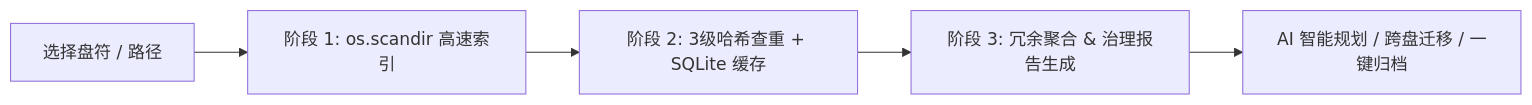
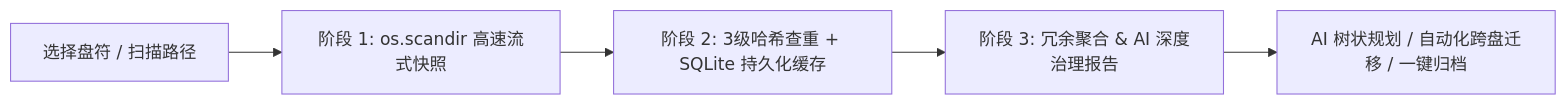
Before and after one commit to xuemingze/disk-space-analyzer: the second of 2 diagrams in README_ZH.md, drawn with Mermaid. The commit also changed other lines of this file and 3 other files, not shown here.

Commit message:
docs: overhaul README and README_ZH with v1.6.0 AI-first architecture, category tree and in-place self-precipitation

````diff
--- a/README_ZH.md
+++ b/README_ZH.md
@@ -80,7 +119,7 @@
 ```mermaid
 flowchart LR
-    A[选择盘符 / 路径] --> B[阶段 1: os.scandir 高速索引]
-    B --> C[阶段 2: 3级哈希查重 + SQLite 缓存]
-    C --> D[阶段 3: 冗余聚合 & 治理报告生成]
-    D --> E[AI 智能规划 / 跨盘迁移 / 一键归档]
+    A[选择盘符 / 扫描路径] --> B[阶段 1: os.scandir 高速流式快照]
+    B --> C[阶段 2: 3级哈希查重 + SQLite 持久化缓存]
+    C --> D[阶段 3: 冗余聚合 & AI 深度治理报告]
+    D --> E[AI 树状规划 / 自动化跨盘迁移 / 一键归档]
 ```
````
